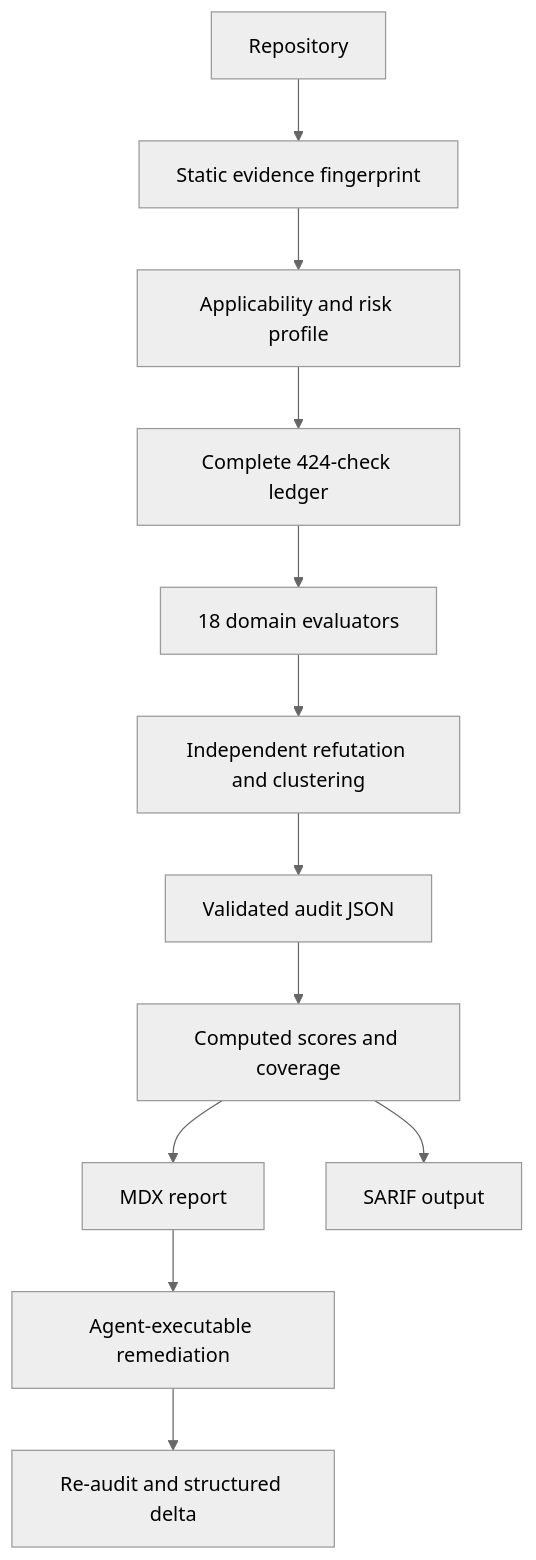
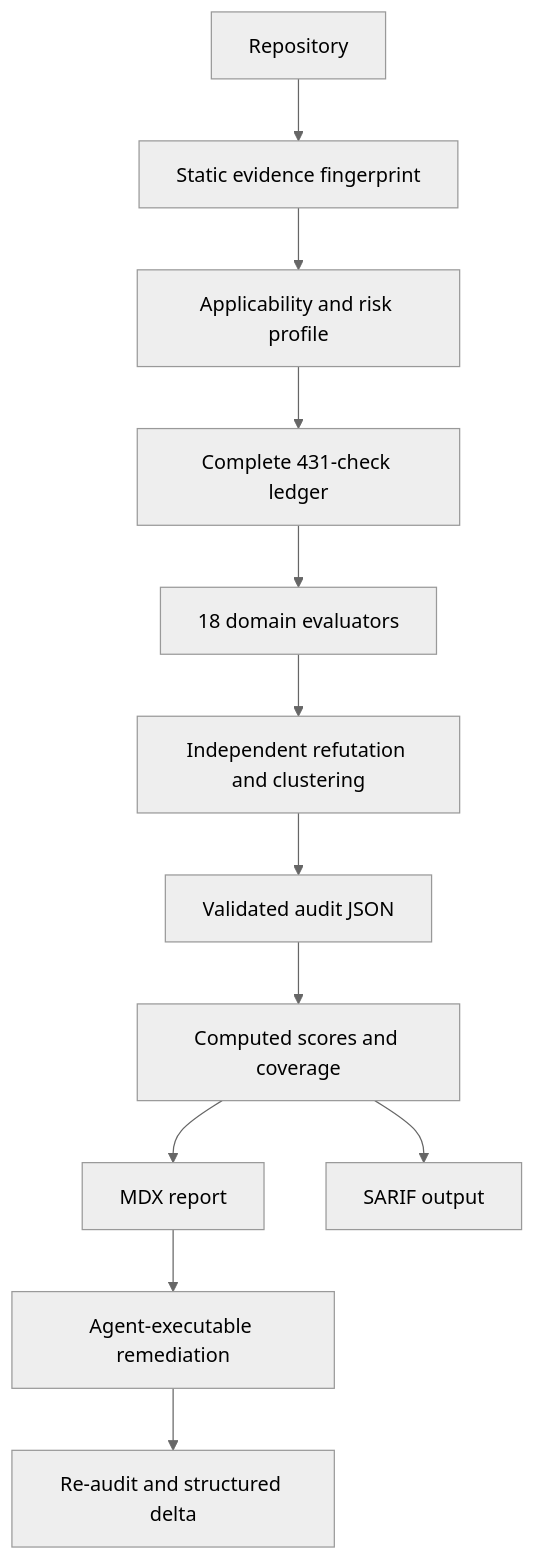
Before and after one commit to hannsxpeter/godaudits: the diagram in README.md, drawn with Mermaid (neutral theme). The commit also changed other lines of this file and 8 other files, not shown here.

````diff
--- a/README.md
+++ b/README.md
@@ -102,14 +102,14 @@
 ```mermaid
 flowchart TD
   A[Repository] --> B[Static evidence fingerprint]
   B --> C[Applicability and risk profile]
-  C --> D[Complete 424-check ledger]
+  C --> D[Complete 431-check ledger]
   D --> E[18 domain evaluators]
   E --> F[Independent refutation and clustering]
   F --> G[Validated audit JSON]
   G --> H[Computed scores and coverage]
   H --> I[MDX report]
   H --> J[SARIF output]
   I --> K[Agent-executable remediation]
   K --> L[Re-audit and structured delta]
 ```
````
